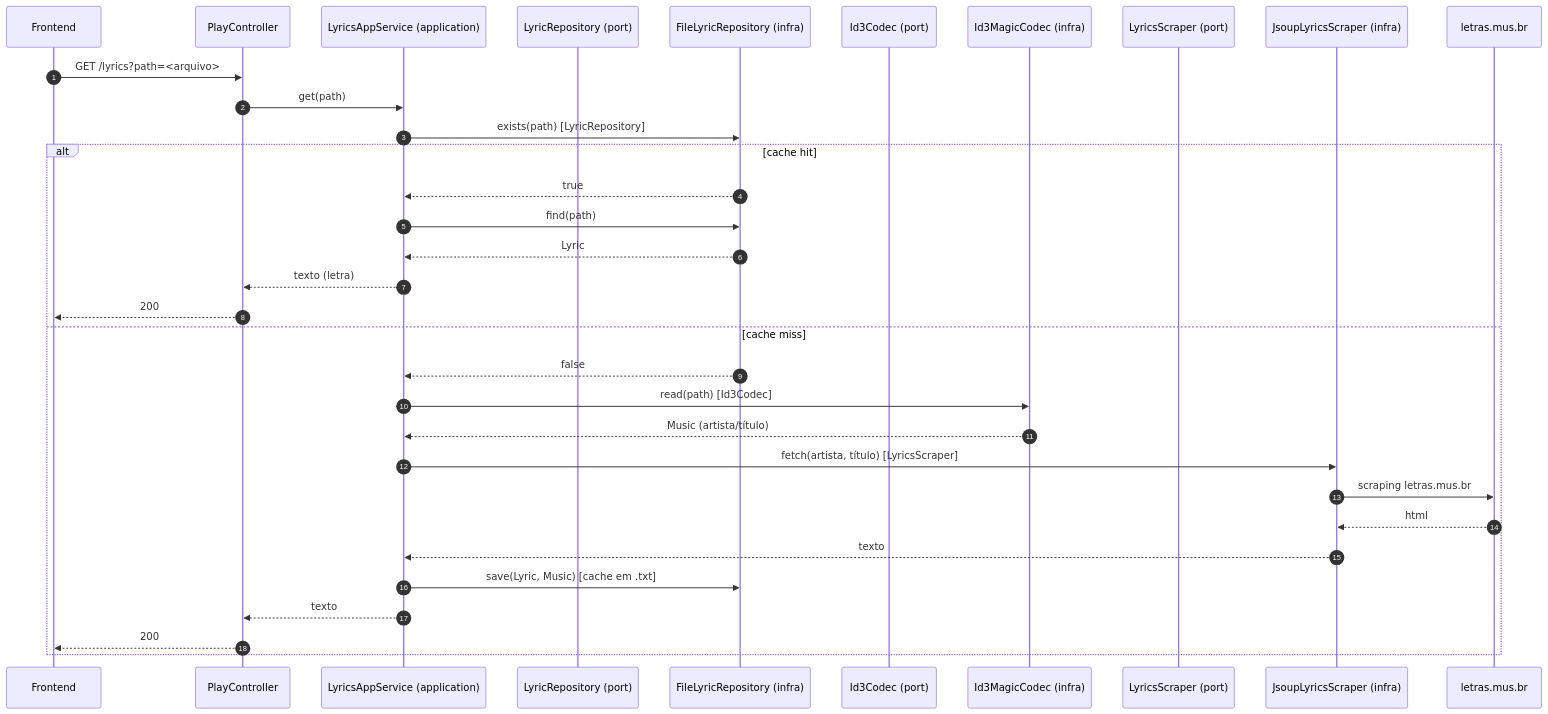
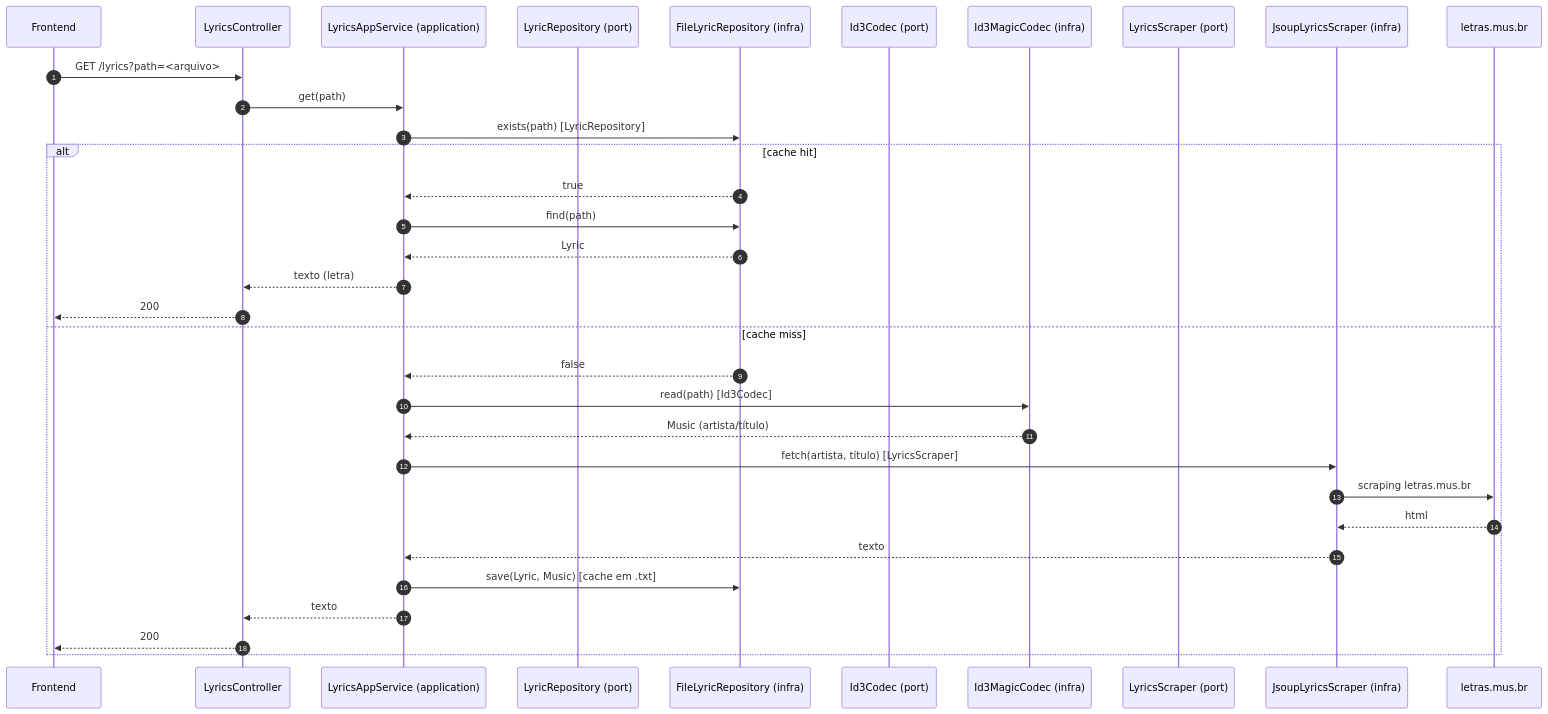
Before and after one commit to jpontesmartins/mp3-player: the sixth of 7 diagrams in docs/architecture.md, drawn with Mermaid. The commit also changed other lines of this file and 10 other files, not shown here.

````diff
--- a/docs/architecture.md
+++ b/docs/architecture.md
@@ -196,36 +205,36 @@
 ```mermaid
 sequenceDiagram
     autonumber
     participant FE as Frontend
-    participant C as PlayController
+    participant C as LyricsController
     participant S as LyricsAppService (application)
     participant R as LyricRepository (port)
     participant FR as FileLyricRepository (infra)
     participant CO as Id3Codec (port)
     participant I as Id3MagicCodec (infra)
     participant SCR as LyricsScraper (port)
     participant J as JsoupLyricsScraper (infra)
     participant WS as letras.mus.br
 
     FE->>C: GET /lyrics?path=<arquivo>
     C->>S: get(path)
     S->>FR: exists(path)  [LyricRepository]
     alt cache hit
         FR-->>S: true
         S->>FR: find(path)
         FR-->>S: Lyric
         S-->>C: texto (letra)
         C-->>FE: 200
     else cache miss
         FR-->>S: false
         S->>I: read(path)  [Id3Codec]
         I-->>S: Music (artista/título)
         S->>J: fetch(artista, título)  [LyricsScraper]
         J->>WS: scraping letras.mus.br
         WS-->>J: html
         J-->>S: texto
         S->>FR: save(Lyric, Music)  [cache em .txt]
         S-->>C: texto
         C-->>FE: 200
     end
 ```
````
